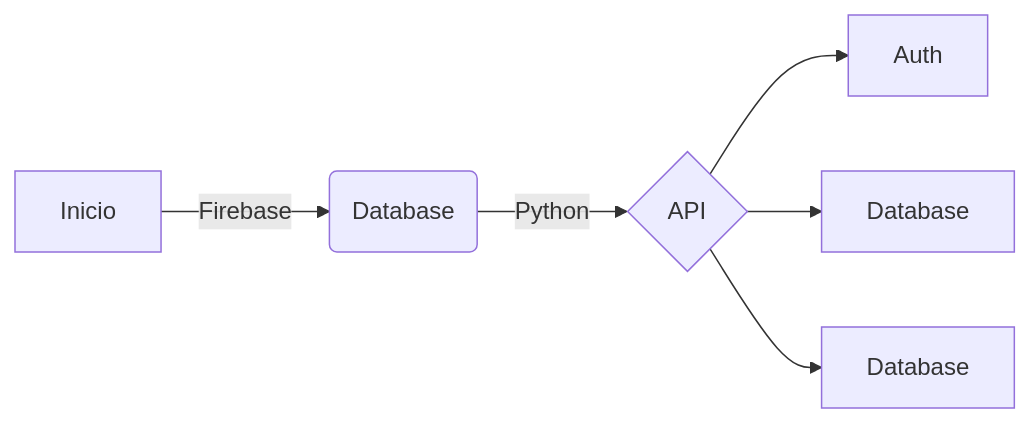
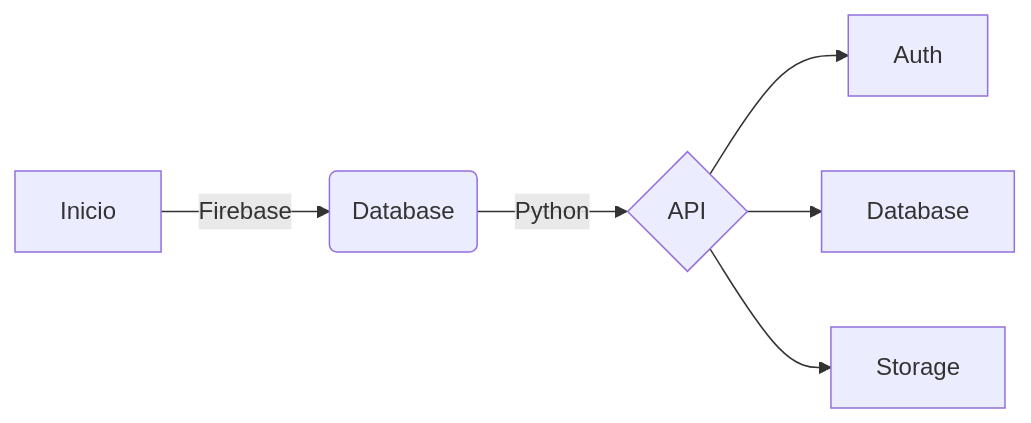
The diagram in readme.md (SauloCandeira/pattern-firebase), drawn with Mermaid before and after one commit.

````diff
--- a/readme.md
+++ b/readme.md
@@ -13,8 +13,8 @@
 ```mermaid
 flowchart LR
 A[Inicio] -->|Firebase| B(Database)
 B --> |Python| C{API}
 C --> D[Auth]
 C --> E[Database]
-C --> F[Database]
+C --> F[Storage]
 ```
````
